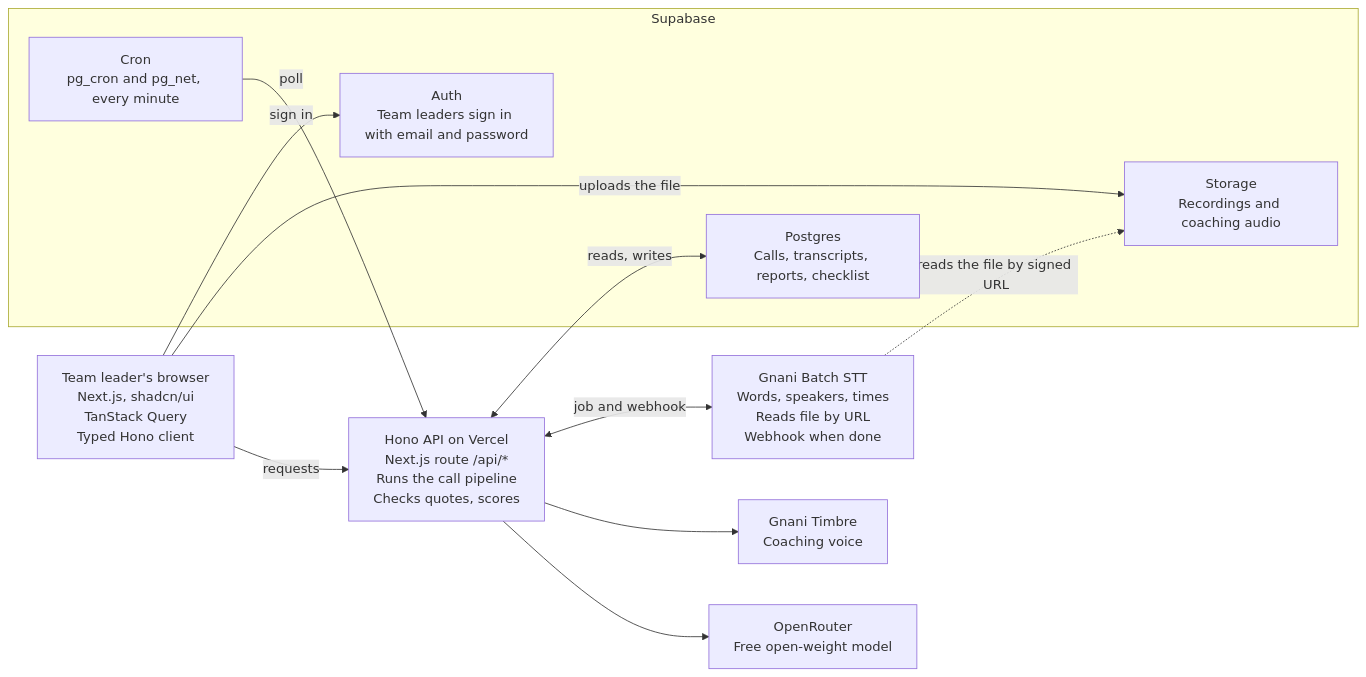
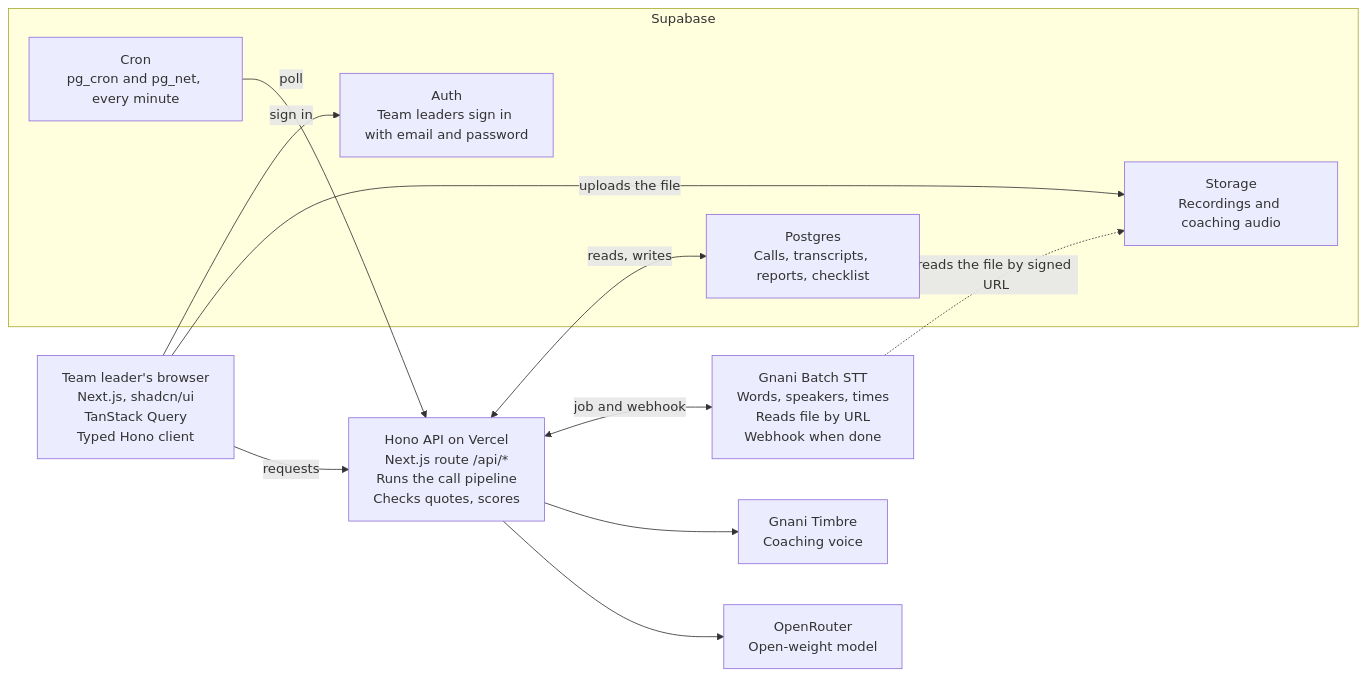
The diagram in docs/TRD.md (neha-tanti/sunoai), drawn with Mermaid before and after one commit. The commit also changed other lines of this file and 40 other files, not shown here.

````diff
--- a/docs/TRD.md
+++ b/docs/TRD.md
@@ -49,23 +49,23 @@
 ```mermaid
 flowchart LR
   browser["Team leader's browser<br/>Next.js, shadcn/ui<br/>TanStack Query<br/>Typed Hono client"]
   hono["Hono API on Vercel<br/>Next.js route /api/*<br/>Runs the call pipeline<br/>Checks quotes, scores"]
   batch["Gnani Batch STT<br/>Words, speakers, times<br/>Reads file by URL<br/>Webhook when done"]
   timbre["Gnani Timbre<br/>Coaching voice"]
-  openrouter["OpenRouter<br/>Free open-weight model"]
+  openrouter["OpenRouter<br/>Open-weight model"]
   subgraph supabase["Supabase"]
     auth["Auth<br/>Team leaders sign in with email and password"]
     storage["Storage<br/>Recordings and coaching audio"]
     postgres["Postgres<br/>Calls, transcripts, reports, checklist"]
     cron["Cron<br/>pg_cron and pg_net, every minute"]
   end
   browser -->|requests| hono
   browser -->|sign in| auth
   browser -->|uploads the file| storage
   hono <-->|job and webhook| batch
   hono --> timbre
   hono --> openrouter
   hono <-->|reads, writes| postgres
   cron -->|poll| hono
   batch -.->|reads the file by signed URL| storage
 ```
````
